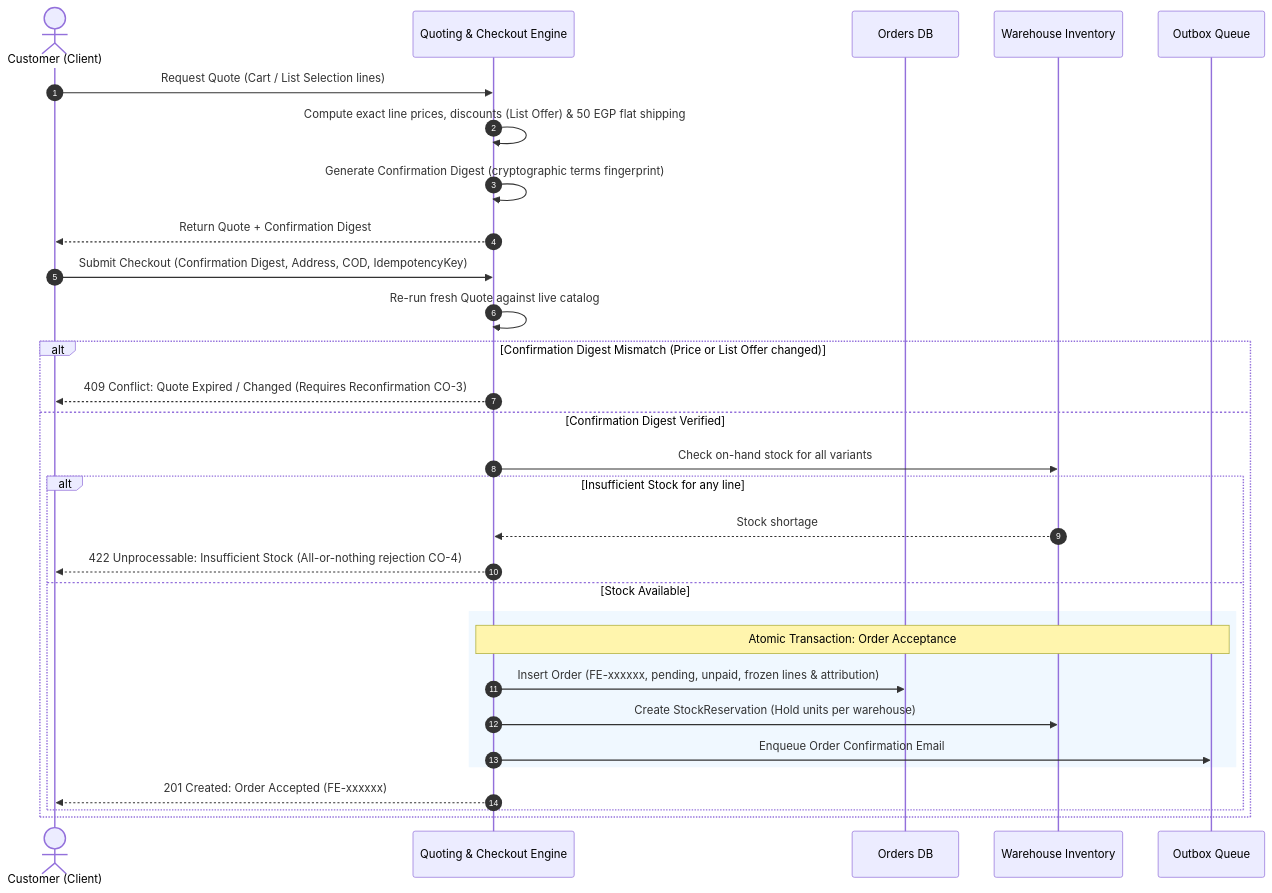
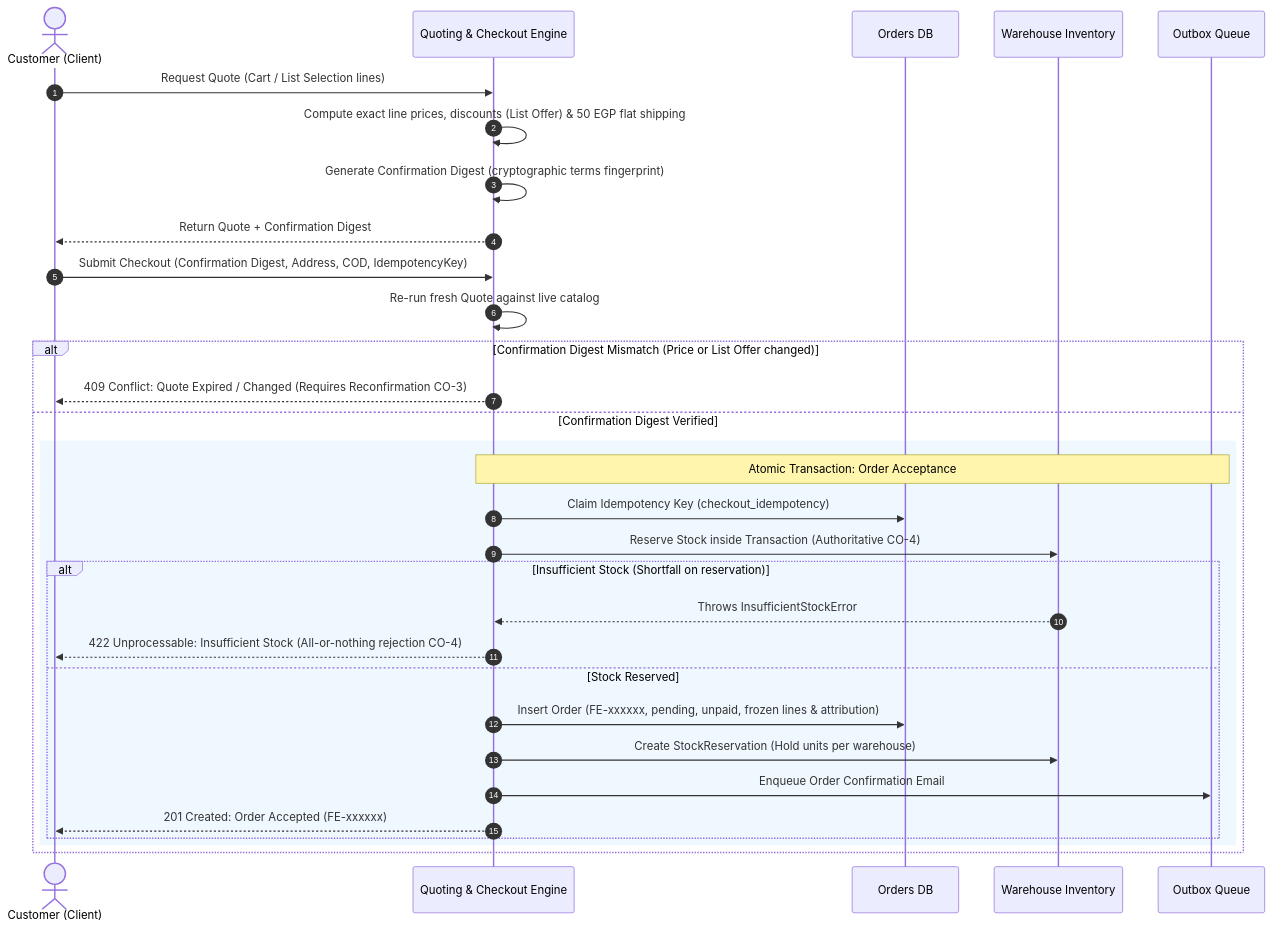
One commit to 3mrhussein/findeg changed the first of 2 diagrams in docs/business/checkout-and-orders.md. Above: the diagram before and after it, drawn with Mermaid. The commit also changed 10 other files, not shown here.

````diff
--- a/docs/business/checkout-and-orders.md
+++ b/docs/business/checkout-and-orders.md
@@ -49,34 +49,35 @@
 ```mermaid
 sequenceDiagram
     autonumber
     actor Customer as Customer (Client)
     participant Server as Quoting & Checkout Engine
     participant DB as Orders DB
     participant Inv as Warehouse Inventory
     participant Outbox as Outbox Queue
 
     Customer->>Server: Request Quote (Cart / List Selection lines)
     Server->>Server: Compute exact line prices, discounts (List Offer) & 50 EGP flat shipping
     Server->>Server: Generate Confirmation Digest (cryptographic terms fingerprint)
     Server-->>Customer: Return Quote + Confirmation Digest
 
     Customer->>Server: Submit Checkout (Confirmation Digest, Address, COD, IdempotencyKey)
     Server->>Server: Re-run fresh Quote against live catalog
     alt Confirmation Digest Mismatch (Price or List Offer changed)
         Server-->>Customer: 409 Conflict: Quote Expired / Changed (Requires Reconfirmation CO-3)
     else Confirmation Digest Verified
-        Server->>Inv: Check on-hand stock for all variants
-        alt Insufficient Stock for any line
-            Inv-->>Server: Stock shortage
+        rect rgb(240, 248, 255)
+        note over Server,Outbox: Atomic Transaction: Order Acceptance
+        Server->>DB: Claim Idempotency Key (checkout_idempotency)
+        Server->>Inv: Reserve Stock inside Transaction (Authoritative CO-4)
+        alt Insufficient Stock (Shortfall on reservation)
+            Inv-->>Server: Throws InsufficientStockError
             Server-->>Customer: 422 Unprocessable: Insufficient Stock (All-or-nothing rejection CO-4)
-        else Stock Available
-            rect rgb(240, 248, 255)
-            note over Server,Outbox: Atomic Transaction: Order Acceptance
+        else Stock Reserved
             Server->>DB: Insert Order (FE-xxxxxx, pending, unpaid, frozen lines & attribution)
             Server->>Inv: Create StockReservation (Hold units per warehouse)
             Server->>Outbox: Enqueue Order Confirmation Email
-            end
             Server-->>Customer: 201 Created: Order Accepted (FE-xxxxxx)
+        end
         end
     end
 ```
````
